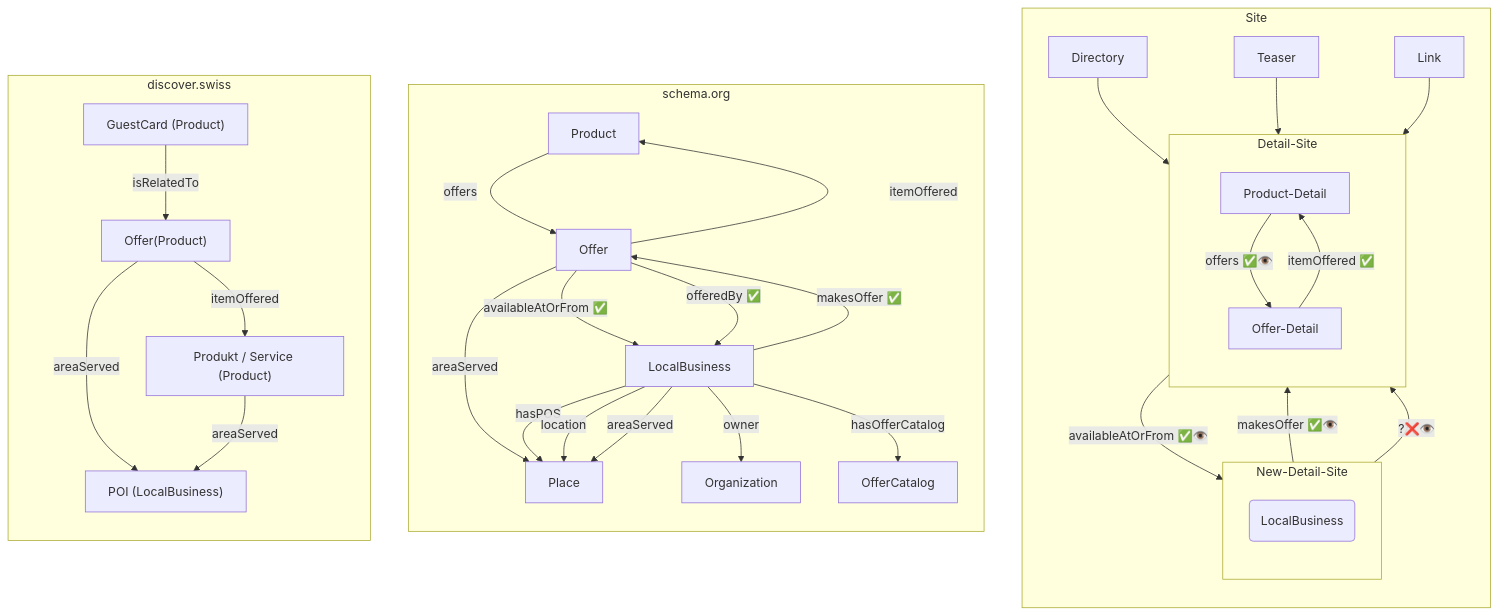
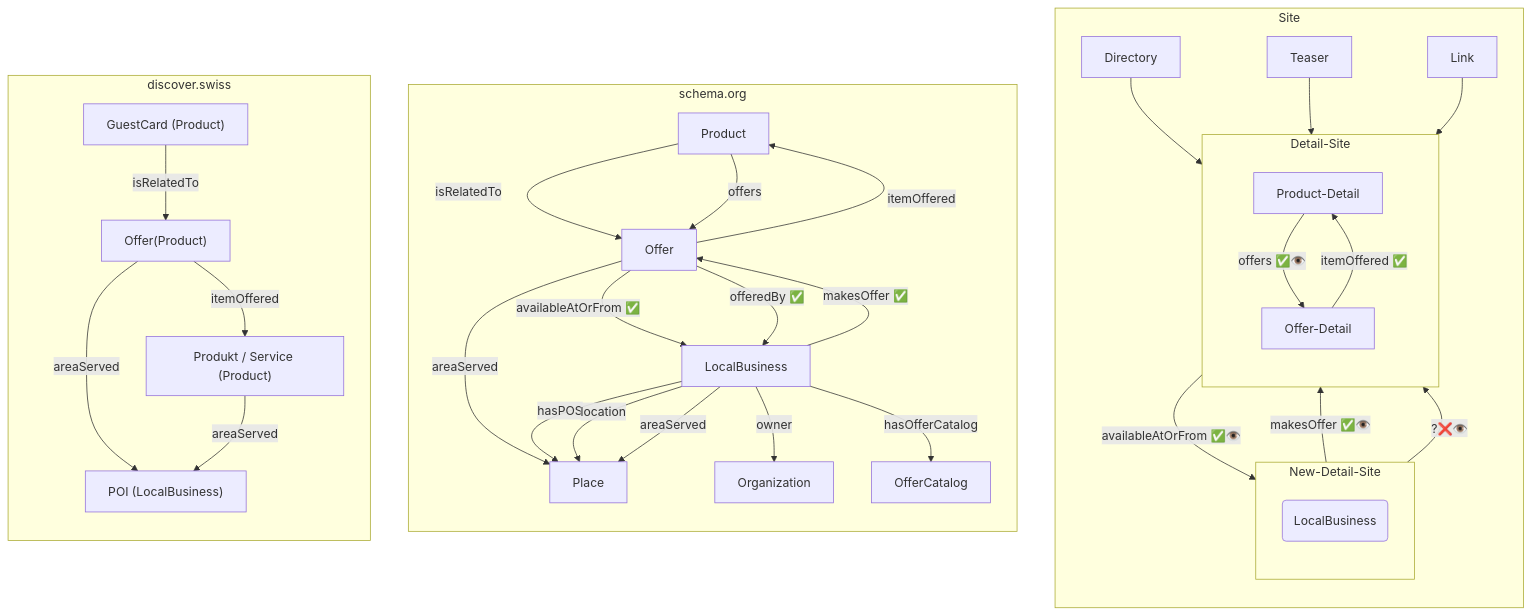
Before and after one commit to contentdesk/docs.contentdesk.io: the third of 3 diagrams in docs/concepts/produkte-und-angebote.md, drawn with Mermaid. The commit also changed other lines of this file and 1 other file, not shown here.

Commit message:
Update 'produkte-und-angebote.md' to reflect changes in 'makesOffer' relationship and add 'isRelatedTo' links in schema documentation

````diff
--- a/docs/concepts/produkte-und-angebote.md
+++ b/docs/concepts/produkte-und-angebote.md
@@ -129,46 +129,47 @@
 ``` mermaid
 graph TB
     subgraph Site
         direction TB
         Directory --> Product-Detail
         Teaser --> Product-Detail
         Link --> Product-Detail
 
         Product-Detail -->|"offers ✅👁️"| Offer-Detail
         Place-Detail --> |"makesOffer ✅👁️"| Offer-Detail
         Place-Detail --> |"?❌👁️"| Product-Detail
         subgraph New-Detail-Site
             direction TB
             Place-Detail("LocalBusiness")
         end
         subgraph Detail-Site
             direction TB
             Offer-Detail --> |"availableAtOrFrom ✅👁️"|Place-Detail
             Offer-Detail --> |"itemOffered ✅"| Product-Detail
         end
         
     end
     subgraph schema.org
         direction TD
+        Product --> |"isRelatedTo"| Offer
         Product --> |"offers"| Offer
         Offer --> |"itemOffered"| Product
         Offer --> |"availableAtOrFrom ✅"| LocalBusiness
         Offer --> |"areaServed "| Place
         LocalBusiness --> |"makesOffer ✅"| Offer
         Offer --> |"offeredBy ✅"| LocalBusiness
         LocalBusiness --> |"hasPOS"| Place
         LocalBusiness --> |"location"| Place
         LocalBusiness --> |"areaServed"| Place
         LocalBusiness --> |"owner"| Organization
         LocalBusiness --> |"hasOfferCatalog"| OfferCatalog
     end
 
     subgraph discover.swiss
         direction TB
         GuestCard["GuestCard (Product)"] -->|isRelatedTo| OfferDS["Offer(Product)"]
         OfferDS -->|itemOffered| ProductDS["Produkt / Service (Product)"]
         OfferDS -->|areaServed| LocalBusinessDS["POI (LocalBusiness)"]
         ProductDS -->|areaServed| LocalBusinessDS
     end
 
 ```
````
